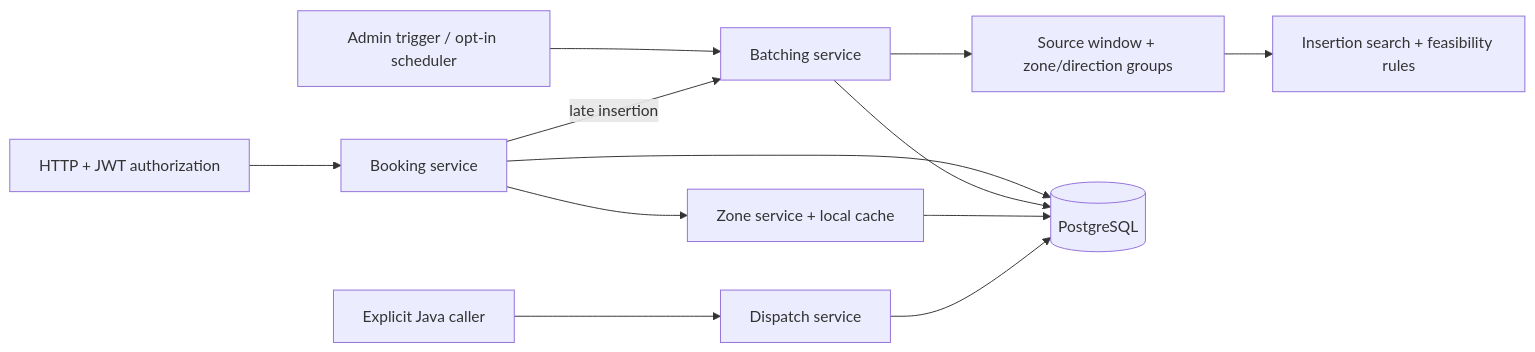
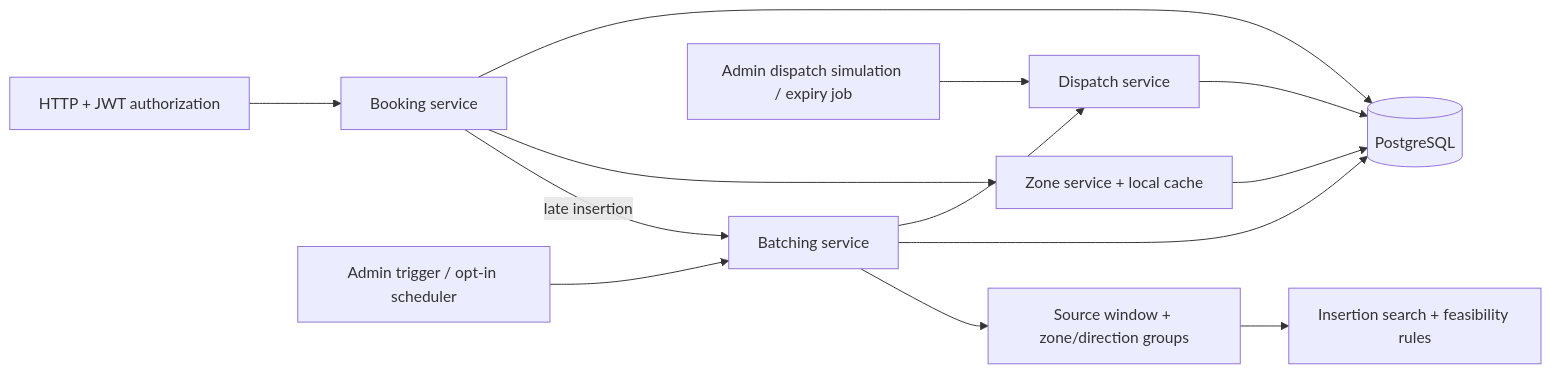
One commit to aakash-kr-7/sla-aware-ride-batching changed the diagram in README.md. Above: the diagram before and after it, drawn with Mermaid. The commit also changed other lines of this file and 9 other files, not shown here.

````diff
--- a/README.md
+++ b/README.md
@@ -31,14 +31,15 @@
 ```mermaid
 flowchart LR
     HTTP[HTTP + JWT authorization] --> Booking[Booking service]
     Trigger[Admin trigger / opt-in scheduler] --> Batch[Batching service]
     Booking -->|late insertion| Batch
     Booking --> Zones[Zone service + local cache]
     Batch --> Groups[Source window + zone/direction groups]
     Groups --> Planner[Insertion search + feasibility rules]
     Booking --> DB[(PostgreSQL)]
     Batch --> DB
     Zones --> DB
-    Caller[Explicit Java caller] --> Dispatch[Dispatch service]
+    Batch --> Dispatch[Dispatch service]
+    Admin[Admin dispatch simulation / expiry job] --> Dispatch
     Dispatch --> DB
 ```
````
